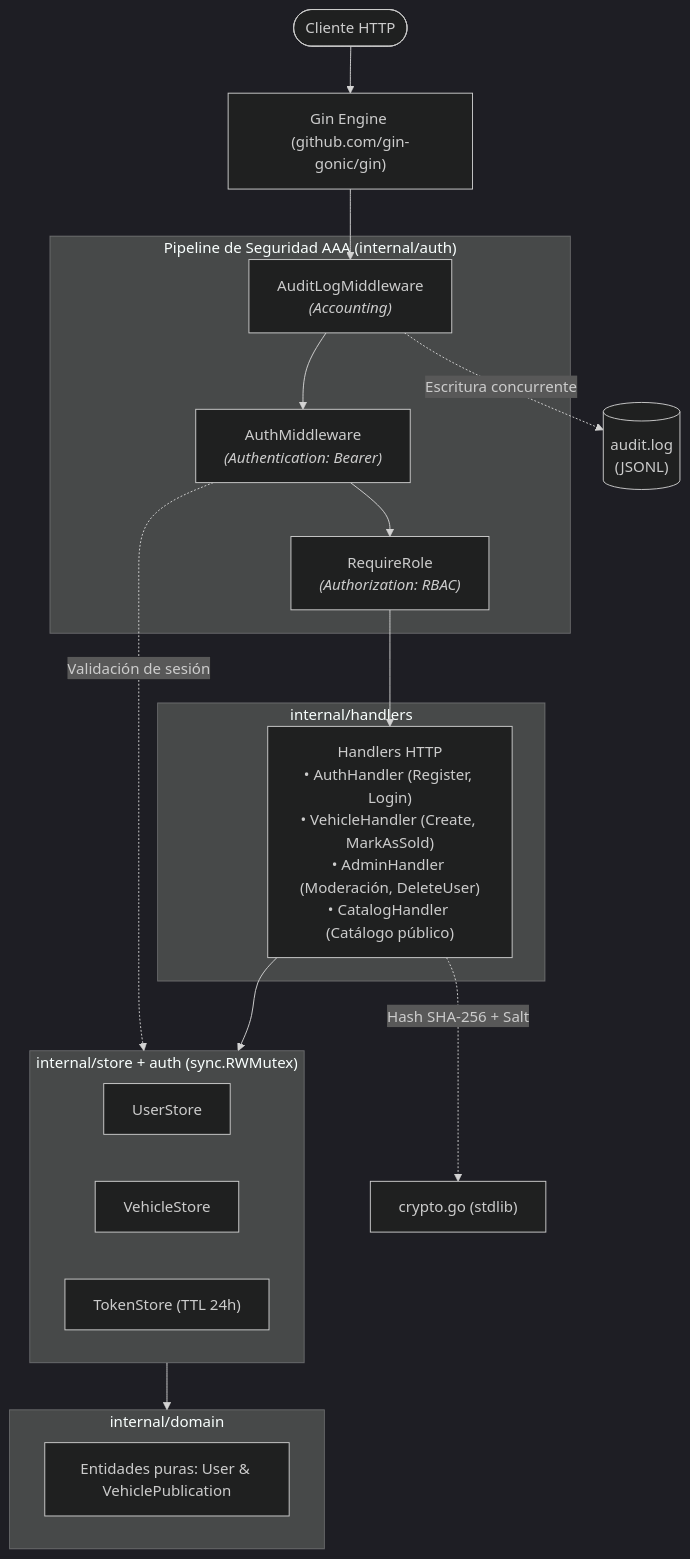
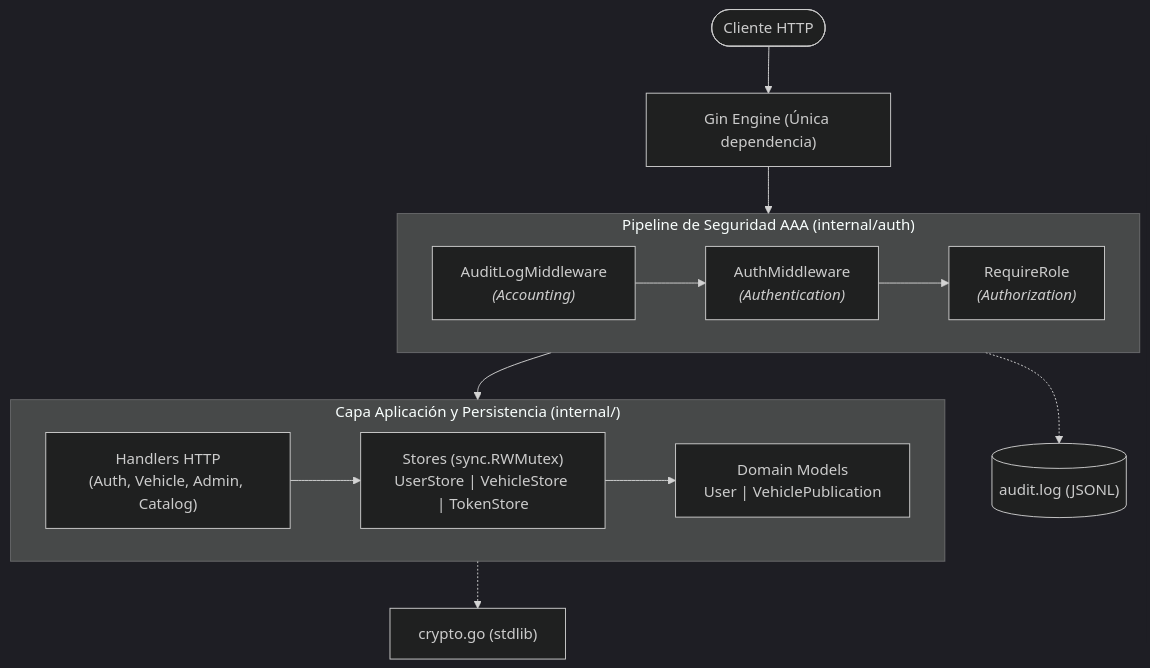
One commit to Nomka0/AutoMarket changed the first of 2 diagrams in docs/DIAGRAMAS_ARQUITECTURA.md. Above: the diagram before and after it, drawn with Mermaid (dark theme).

Commit message:
docs: compactar Diagrama A a formato apaisado para captura de pantalla en PDF

````diff
--- a/docs/DIAGRAMAS_ARQUITECTURA.md
+++ b/docs/DIAGRAMAS_ARQUITECTURA.md
@@ -11,36 +11,22 @@
 ```mermaid
 flowchart TD
-    Client(["Cliente HTTP"]) --> Gin["Gin Engine (github.com/gin-gonic/gin)"]
+    Client(["Cliente HTTP"]) --> Gin["Gin Engine (Única dependencia)"]
 
     subgraph Pipeline["Pipeline de Seguridad AAA (internal/auth)"]
-        Audit["AuditLogMiddleware<br/><i>(Accounting)</i>"]
-        Auth["AuthMiddleware<br/><i>(Authentication: Bearer)</i>"]
-        RBAC["RequireRole<br/><i>(Authorization: RBAC)</i>"]
-        Audit --> Auth --> RBAC
+        direction LR
+        Audit["AuditLogMiddleware<br/><i>(Accounting)</i>"] --> Auth["AuthMiddleware<br/><i>(Authentication)</i>"] --> RBAC["RequireRole<br/><i>(Authorization)</i>"]
     end
 
-    subgraph Handlers["internal/handlers"]
-        H["Handlers HTTP<br/>• AuthHandler (Register, Login)<br/>• VehicleHandler (Create, MarkAsSold)<br/>• AdminHandler (Moderación, DeleteUser)<br/>• CatalogHandler (Catálogo público)"]
+    subgraph Core["Capa Aplicación y Persistencia (internal/)"]
+        direction LR
+        H["Handlers HTTP<br/>(Auth, Vehicle, Admin, Catalog)"]
+        S["Stores (sync.RWMutex)<br/>UserStore | VehicleStore | TokenStore"]
+        D["Domain Models<br/>User | VehiclePublication"]
+        H --> S --> D
     end
-
-    subgraph Stores["internal/store + auth (sync.RWMutex)"]
-        direction LR
-        US["UserStore"]
-        VS["VehicleStore"]
-        TS["TokenStore (TTL 24h)"]
-    end
-
-    subgraph Domain["internal/domain"]
-        D["Entidades puras: User & VehiclePublication"]
-    end
-
-    Log[("audit.log<br/>(JSONL)")]
 
     Gin --> Audit
     RBAC --> H
-    H --> Stores
-    Stores --> Domain
-    Audit -.->|Escritura concurrente| Log
-    Auth -.->|Validación de sesión| TS
-    H -.->|Hash SHA-256 + Salt| Crypto["crypto.go (stdlib)"]
+    Audit -.-> Log[("audit.log (JSONL)")]
+    H -.-> Crypto["crypto.go (stdlib)"]
 ```
````
